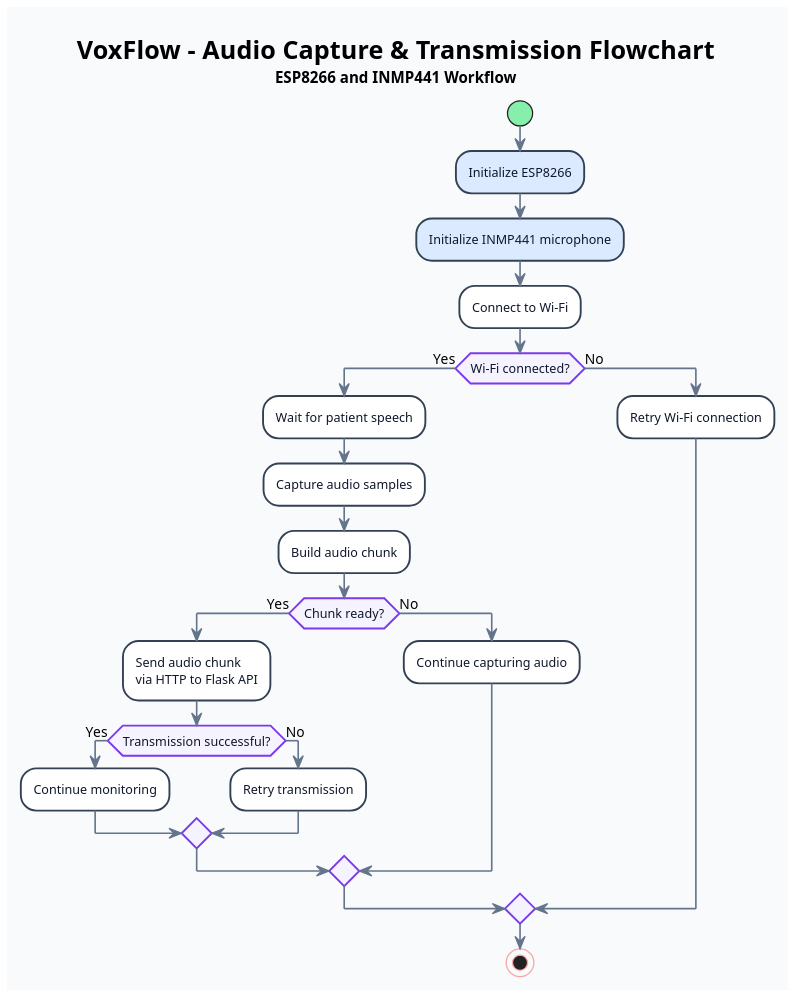
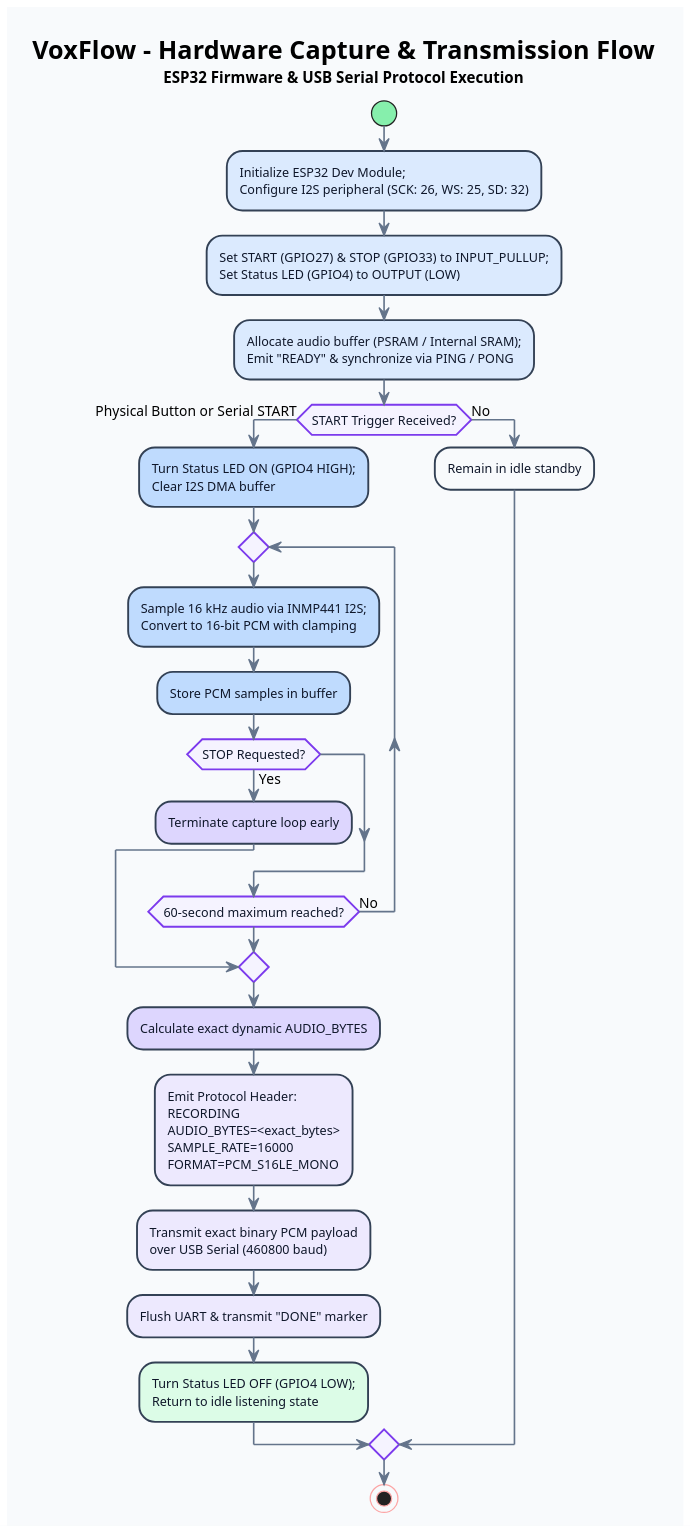
Before and after one commit to PetaSivaNandhanReddy/voxflow: the diagram in VoxFlow_uml/VoxFlow_uml/methodology/1_AudioCapture_Transmission.puml, drawn with PlantUML. The commit also changed 31 other files, not shown here.

Commit message:
docs: align uml architecture with final voxflow system

```diff
--- a/VoxFlow_uml/VoxFlow_uml/methodology/1_AudioCapture_Transmission.puml
+++ b/VoxFlow_uml/VoxFlow_uml/methodology/1_AudioCapture_Transmission.puml
@@ -1,71 +1,65 @@
 @startuml
-
-title <size:20><b>VoxFlow - Audio Capture & Transmission Flowchart</b></size>\n<size:12>ESP8266 and INMP441 Workflow</size>
+title <size:20><b>VoxFlow - Hardware Capture & Transmission Flow</b></size>\n<size:12>ESP32 Firmware & USB Serial Protocol Execution</size>
 
 skinparam backgroundColor #F8FAFC
 skinparam shadowing false
 skinparam dpi 170
 
 skinparam activity {
     BackgroundColor #FFFFFF
     BorderColor #334155
     BorderThickness 1.5
     FontColor #0F172A
     FontSize 10
 
     DiamondBackgroundColor #F5F3FF
     DiamondBorderColor #7C3AED
     DiamondFontColor #0F172A
 
     StartColor #86EFAC
     StopColor #FCA5A5
 }
 
 skinparam ArrowColor #64748B
 skinparam ArrowThickness 1.3
 
-
 start
 
-#DBEAFE:Initialize ESP8266;
-#DBEAFE:Initialize INMP441 microphone;
+#DBEAFE:Initialize ESP32 Dev Module;\nConfigure I2S peripheral (SCK: 26, WS: 25, SD: 32);
+#DBEAFE:Set START (GPIO27) & STOP (GPIO33) to INPUT_PULLUP;\nSet Status LED (GPIO4) to OUTPUT (LOW);
+#DBEAFE:Allocate audio buffer (PSRAM / Internal SRAM);\nEmit "READY" & synchronize via PING / PONG;
 
-:Connect to Wi-Fi;
+if (START Trigger Received?) then (Physical Button or Serial START)
 
-if (Wi-Fi connected?) then (Yes)
+    #BFDBFE:Turn Status LED ON (GPIO4 HIGH);\nClear I2S DMA buffer;
 
-    :Wait for patient speech;
+    repeat
+        #BFDBFE:Sample 16 kHz audio via INMP441 I2S;\nConvert to 16-bit PCM with clamping;
+        #BFDBFE:Store PCM samples in buffer;
 
-    :Capture audio samples;
-
-    :Build audio chunk;
-
-    if (Chunk ready?) then (Yes)
-
-        :Send audio chunk\nvia HTTP to Flask API;
-
-        if (Transmission successful?) then (Yes)
-
-            :Continue monitoring;
-
-        else (No)
-
-            :Retry transmission;
-
+        if (STOP Requested?) then (Yes)
+            #DDD6FE:Terminate capture loop early;
+            break
         endif
 
-    else (No)
+    repeat while (60-second maximum reached?) is (No)
 
-        :Continue capturing audio;
+    #DDD6FE:Calculate exact dynamic AUDIO_BYTES;
 
-    endif
+    #EDE9FE:Emit Protocol Header:\nRECORDING\nAUDIO_BYTES=<exact_bytes>\nSAMPLE_RATE=16000\nFORMAT=PCM_S16LE_MONO;
+
+    #EDE9FE:Transmit exact binary PCM payload\nover USB Serial (460800 baud);
+
+    #EDE9FE:Flush UART & transmit "DONE" marker;
+
+    #DCFCE7:Turn Status LED OFF (GPIO4 LOW);\nReturn to idle listening state;
 
 else (No)
 
-    :Retry Wi-Fi connection;
+    #F8FAFC:Remain in idle standby;
 
 endif
 
 stop
 
 @enduml
```
